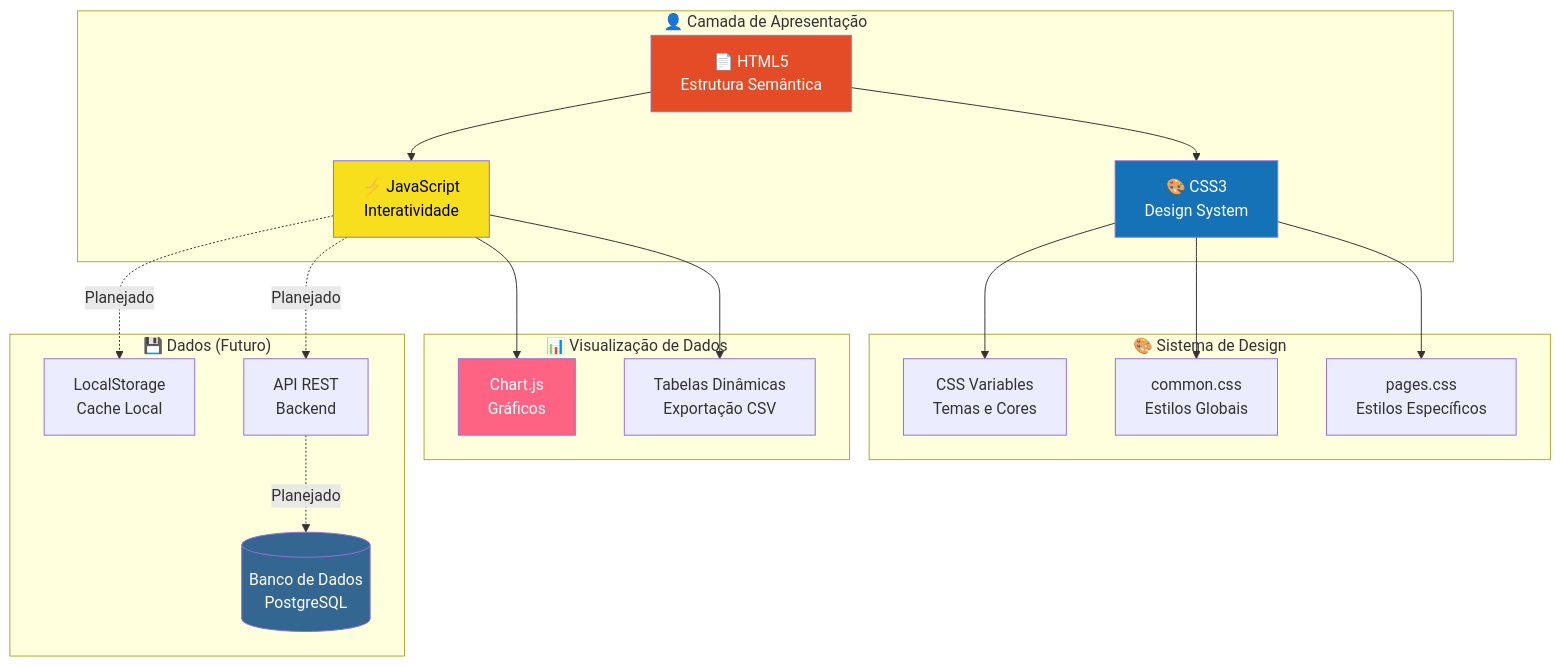
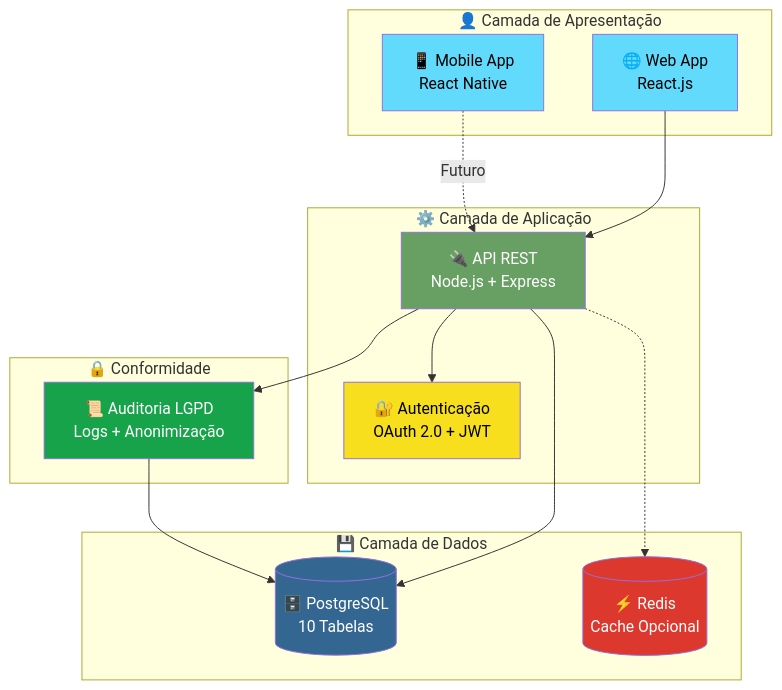
The third of 4 diagrams in README.md (matheusmendes720/workconnect-tcc), drawn with Mermaid before and after one commit. The commit also changed other lines of this file and 10 other files, not shown here.

Commit message:
docs: Update documentation structure - Add LGPD compliance, refactor diagrams, update README/CONTRIBUTING/ROADMAP

````diff
--- a/README.md
+++ b/README.md
@@ -333,42 +244,37 @@
 ```mermaid
 graph TB
     subgraph "👤 Camada de Apresentação"
-        HTML[📄 HTML5<br/>Estrutura Semântica]
-        CSS[🎨 CSS3<br/>Design System]
-        JS[⚡ JavaScript<br/>Interatividade]
+        Web[🌐 Web App<br/>React.js]
+        Mobile[📱 Mobile App<br/>React Native]
     end
     
-    subgraph "🎨 Sistema de Design"
-        Vars[CSS Variables<br/>Temas e Cores]
-        Common[common.css<br/>Estilos Globais]
-        Pages[pages.css<br/>Estilos Específicos]
+    subgraph "⚙️ Camada de Aplicação"
+        API[🔌 API REST<br/>Node.js + Express]
+        Auth[🔐 Autenticação<br/>OAuth 2.0 + JWT]
     end
     
-    subgraph "📊 Visualização de Dados"
-        Charts[Chart.js<br/>Gráficos]
-        Tables[Tabelas Dinâmicas<br/>Exportação CSV]
+    subgraph "💾 Camada de Dados"
+        DB[(🗄️ PostgreSQL<br/>10 Tabelas)]
+        Cache[(⚡ Redis<br/>Cache Opcional)]
     end
     
-    subgraph "💾 Dados (Futuro)"
-        LocalStorage[LocalStorage<br/>Cache Local]
-        API[API REST<br/>Backend]
-        DB[(Banco de Dados<br/>PostgreSQL)]
+    subgraph "🔒 Conformidade"
+        LGPD[📜 Auditoria LGPD<br/>Logs + Anonimização]
     end
     
-    HTML --> CSS
-    HTML --> JS
-    CSS --> Vars
-    CSS --> Common
-    CSS --> Pages
-    JS --> Charts
-    JS --> Tables
-    JS -.->|Planejado| LocalStorage
-    JS -.->|Planejado| API
-    API -.->|Planejado| DB
+    Web --> API
+    Mobile -.->|Futuro| API
+    API --> Auth
+    API --> DB
+    API -.-> Cache
+    API --> LGPD
+    LGPD --> DB
     
-    style HTML fill:#e34c26,color:#fff
-    style CSS fill:#1572b6,color:#fff
-    style JS fill:#f7df1e,color:#000
-    style Charts fill:#ff6384,color:#fff
+    style Web fill:#61dafb,color:#000
+    style Mobile fill:#61dafb,color:#000
+    style API fill:#68a063,color:#fff
+    style Auth fill:#f7df1e,color:#000
     style DB fill:#336791,color:#fff
+    style Cache fill:#dc382d,color:#fff
+    style LGPD fill:#16a34a,color:#fff
 ```
````
